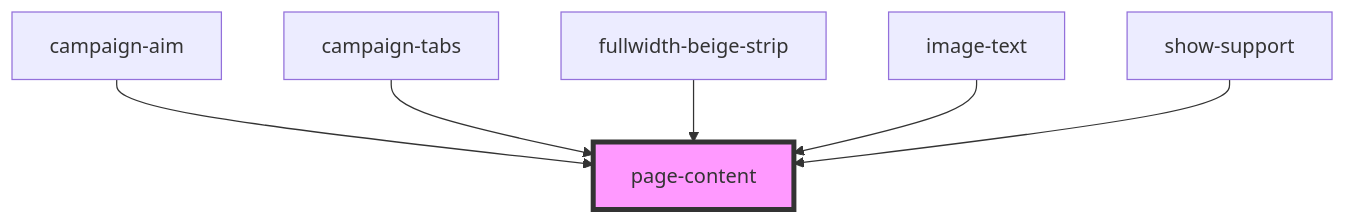
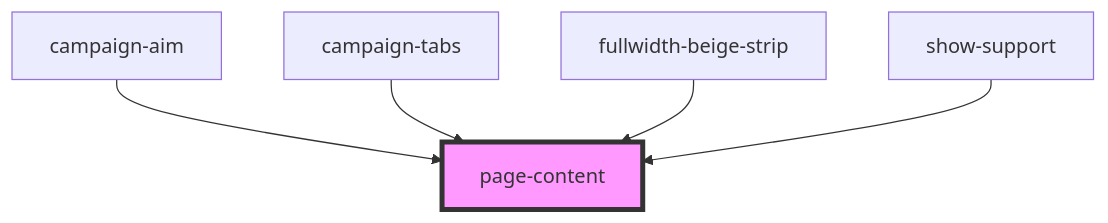
One commit to dev-kylo/component_library changed the diagram in src/components/containers/page-content/readme.md. Above: the diagram before and after it, drawn with Mermaid. The commit also changed other lines of this file and 11 other files, not shown here.

````diff
--- a/src/components/containers/page-content/readme.md
+++ b/src/components/containers/page-content/readme.md
@@ -19,9 +18,8 @@
 ```mermaid
 graph TD;
   campaign-aim --> page-content
   campaign-tabs --> page-content
   fullwidth-beige-strip --> page-content
-  image-text --> page-content
   show-support --> page-content
   style page-content fill:#f9f,stroke:#333,stroke-width:4px
 ```
````
